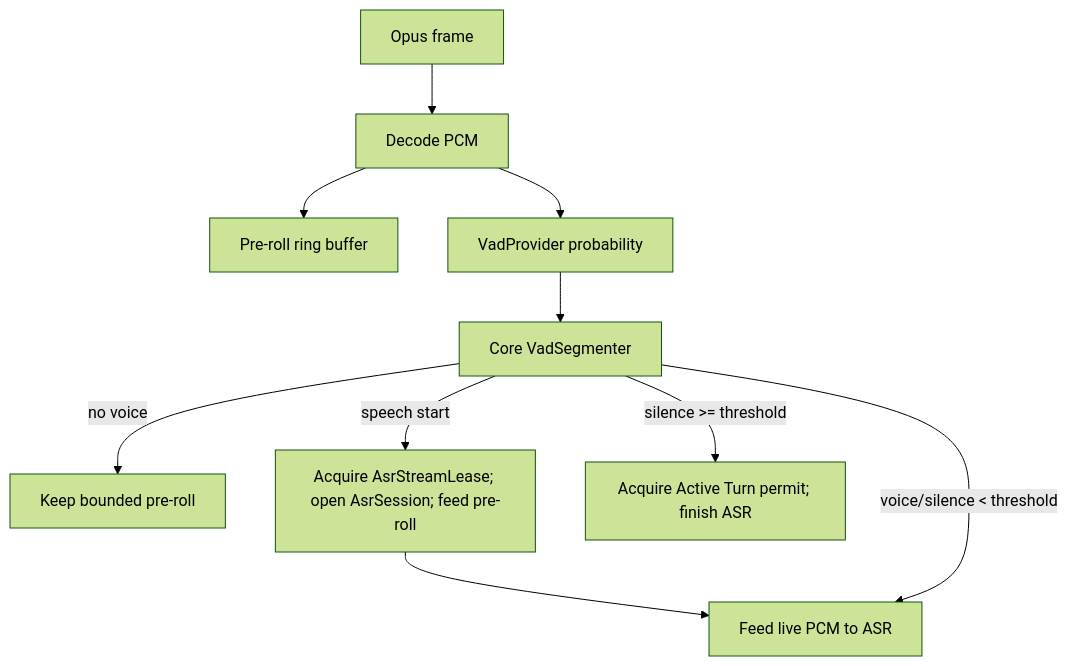
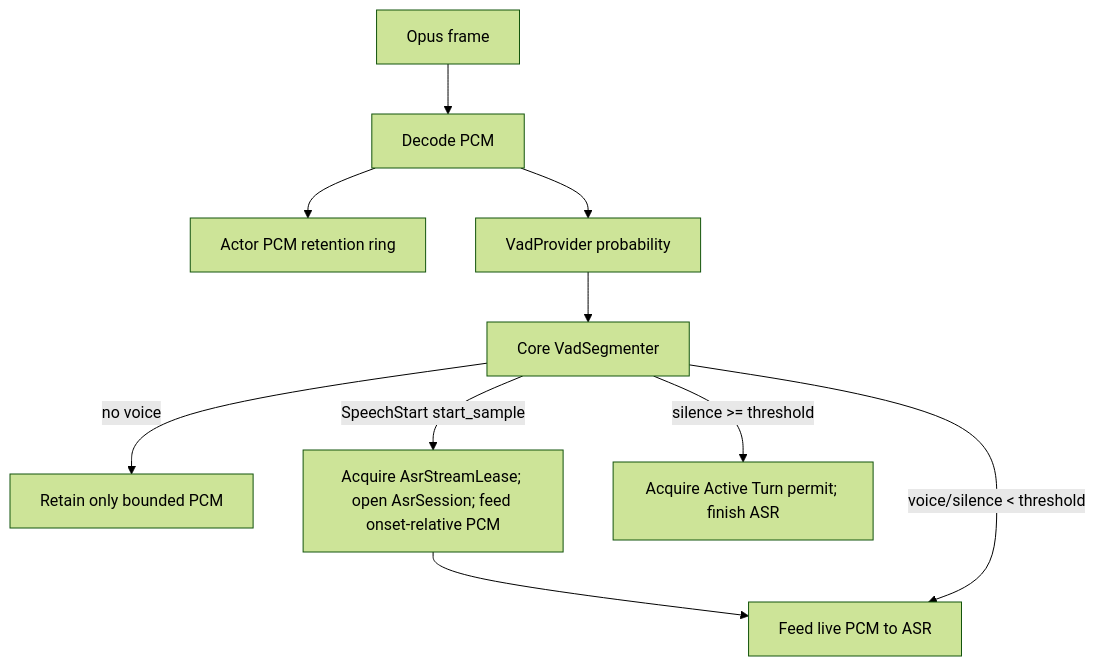
The diagram in docs/flows/02-vad.md (hailp-vn38/ai-agent-voice), drawn with Mermaid (forest theme) before and after one commit. The commit also changed other lines of this file and 23 other files, not shown here.

````diff
--- a/docs/flows/02-vad.md
+++ b/docs/flows/02-vad.md
@@ -27,12 +29,12 @@
 ```mermaid
 flowchart TB
     OPUS[Opus frame] --> DEC[Decode PCM]
-    DEC --> PR[Pre-roll ring buffer]
+    DEC --> PR[Actor PCM retention ring]
     DEC --> V[VadProvider probability]
     V --> SEG[Core VadSegmenter]
-    SEG -->|no voice| IDLE[Keep bounded pre-roll]
-    SEG -->|speech start| START[Acquire AsrStreamLease; open AsrSession; feed pre-roll]
+    SEG -->|no voice| IDLE[Retain only bounded PCM]
+    SEG -->|SpeechStart start_sample| START[Acquire AsrStreamLease; open AsrSession; feed onset-relative PCM]
     START --> ACC[Feed live PCM to ASR]
     SEG -->|voice/silence < threshold| ACC
     SEG -->|silence >= threshold| END[Acquire Active Turn permit; finish ASR]
 ```
````
